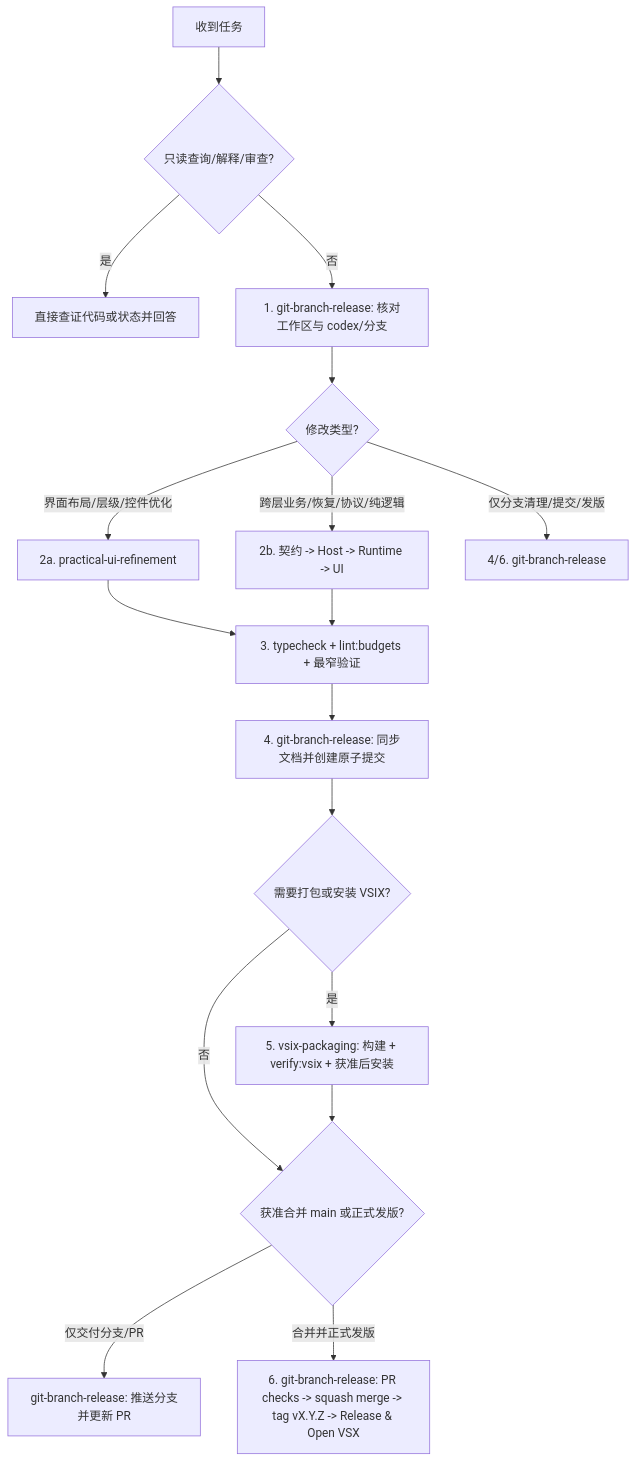
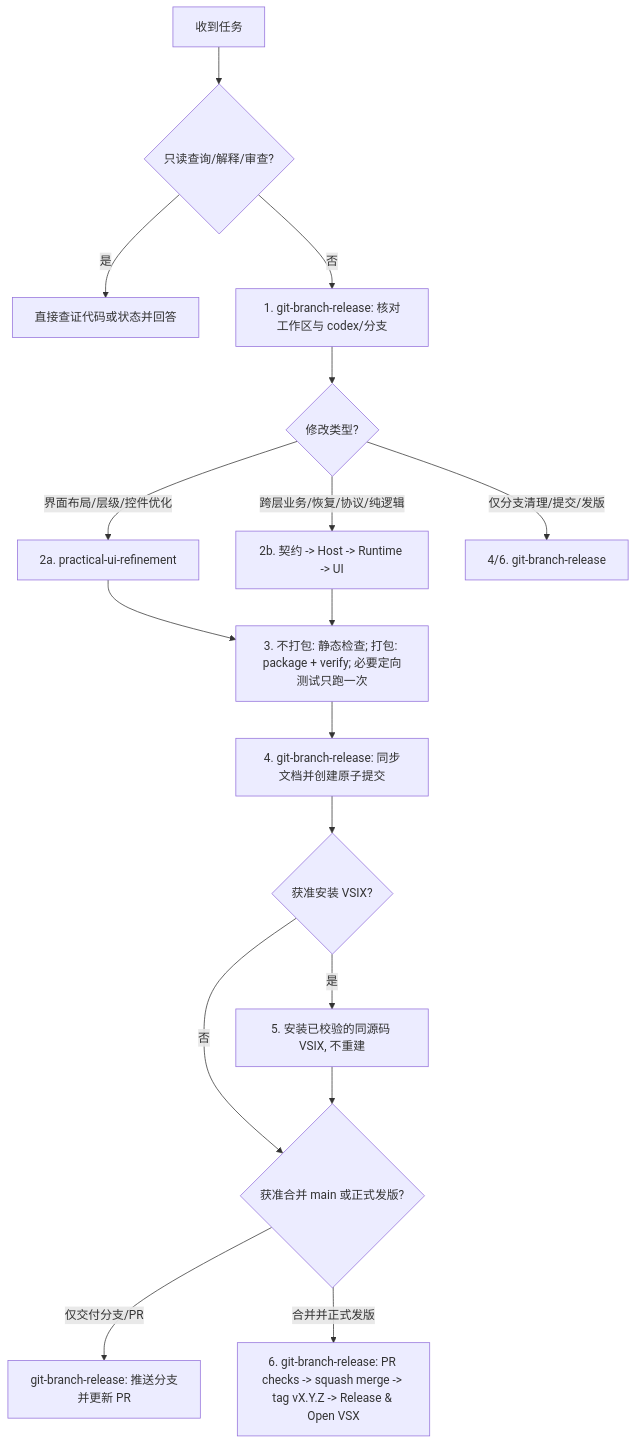
Before and after one commit to fireman-droid/droid-for-vscode: the diagram in .agents/skills/droid-dev-pipeline/SKILL.md, drawn with Mermaid. The commit also changed other lines of this file and 51 other files, not shown here.

````diff
--- a/.agents/skills/droid-dev-pipeline/SKILL.md
+++ b/.agents/skills/droid-dev-pipeline/SKILL.md
@@ -41,19 +42,19 @@
 ```mermaid
 flowchart TD
   Start[收到任务] --> QRead{只读查询/解释/审查?}
   QRead -->|是| ReadOnly[直接查证代码或状态并回答]
   QRead -->|否| Step1[1. git-branch-release: 核对工作区与 codex/分支]
   Step1 --> QType{修改类型?}
   QType -->|界面布局/层级/控件优化| UI[2a. practical-ui-refinement]
   QType -->|跨层业务/恢复/协议/纯逻辑| Dev[2b. 契约 -> Host -> Runtime -> UI]
   QType -->|仅分支清理/提交/发版| GitOnly[4/6. git-branch-release]
-  UI --> Verify[3. typecheck + lint:budgets + 最窄验证]
+  UI --> Verify[3. 不打包: 静态检查; 打包: package + verify; 必要定向测试只跑一次]
   Dev --> Verify
   Verify --> Commit[4. git-branch-release: 同步文档并创建原子提交]
-  Commit --> QPack{需要打包或安装 VSIX?}
-  QPack -->|是| Pack[5. vsix-packaging: 构建 + verify:vsix + 获准后安装]
+  Commit --> QPack{获准安装 VSIX?}
+  QPack -->|是| Pack[5. 安装已校验的同源码 VSIX, 不重建]
   QPack -->|否| QRelease{获准合并 main 或正式发版?}
   Pack --> QRelease
   QRelease -->|仅交付分支/PR| PR[git-branch-release: 推送分支并更新 PR]
   QRelease -->|合并并正式发版| Release[6. git-branch-release: PR checks -> squash merge -> tag vX.Y.Z -> Release & Open VSX]
 ```
````
